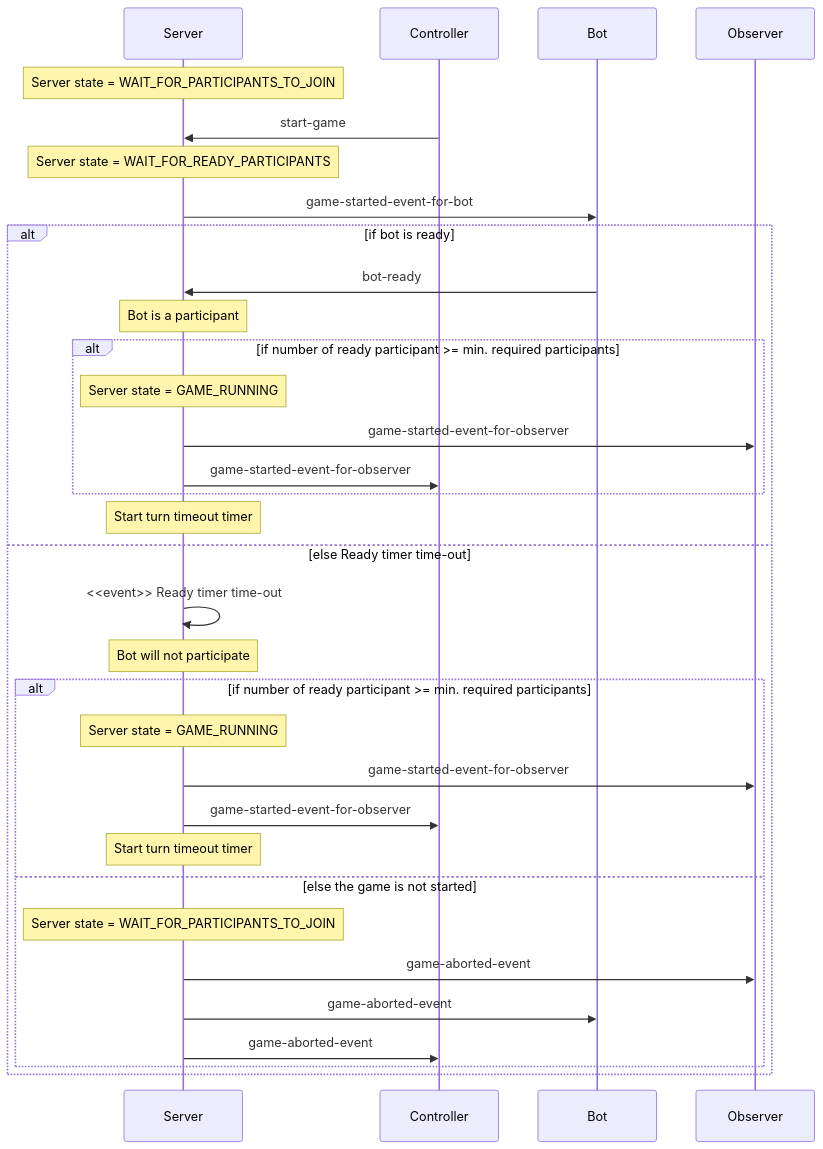
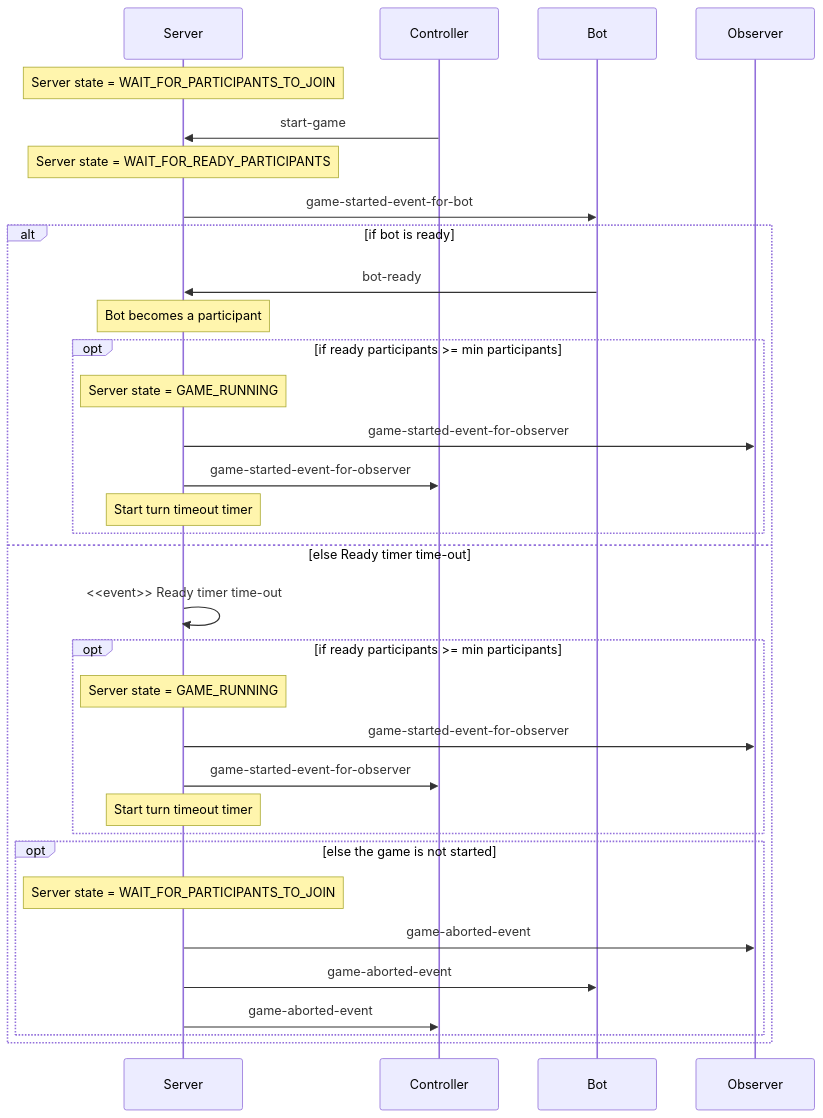
Before and after one commit to robocode-dev/tank-royale: the fifth of 13 diagrams in schema/schemas/README.md, drawn with Mermaid. The commit also changed other lines of this file and 9 other files, not shown here.

````diff
--- a/schema/schemas/README.md
+++ b/schema/schemas/README.md
@@ -122,31 +140,31 @@
 ```mermaid
 sequenceDiagram
-    Note over Server: Server state = WAIT_FOR_PARTICIPANTS_TO_JOIN
-    Controller->>Server: start-game
-    Note over Server: Server state = WAIT_FOR_READY_PARTICIPANTS
-    Server->>Bot: game-started-event-for-bot
-    alt if bot is ready
-        Bot->>Server: bot-ready
-        Note over Server: Bot is a participant
-        alt if number of ready participant >= min. required participants
-            Note over Server: Server state = GAME_RUNNING
-            Server->>Observer: game-started-event-for-observer
-            Server->>Controller: game-started-event-for-observer
-        end
+Note over Server: Server state = WAIT_FOR_PARTICIPANTS_TO_JOIN
+Controller->>Server: start-game
+Note over Server: Server state = WAIT_FOR_READY_PARTICIPANTS
+Server->>Bot: game-started-event-for-bot
+alt if bot is ready
+    Bot->>Server: bot-ready
+    Note over Server: Bot becomes a participant
+    opt if ready participants >= min participants
+        Note over Server: Server state = GAME_RUNNING
+        Server->>Observer: game-started-event-for-observer
+        Server->>Controller: game-started-event-for-observer
         Note over Server: Start turn timeout timer
-    else else Ready timer time-out
-        Server->>Server: <<event>> Ready timer time-out
-        Note over Server: Bot will not participate
-        alt if number of ready participant >= min. required participants
-            Note over Server: Server state = GAME_RUNNING
-            Server->>Observer: game-started-event-for-observer
-            Server->>Controller: game-started-event-for-observer
-            Note over Server: Start turn timeout timer
-        else else the game is not started
-            Note over Server: Server state = WAIT_FOR_PARTICIPANTS_TO_JOIN
-            Server->>Observer: game-aborted-event
-            Server->>Bot: game-aborted-event
-            Server->>Controller: game-aborted-event
-        end
     end
+else else Ready timer time-out
+    Server->>Server: <<event>> Ready timer time-out
+    opt if ready participants >= min participants
+        Note over Server: Server state = GAME_RUNNING
+        Server->>Observer: game-started-event-for-observer
+        Server->>Controller: game-started-event-for-observer
+        Note over Server: Start turn timeout timer
+    end
+    opt else the game is not started
+        Note over Server: Server state = WAIT_FOR_PARTICIPANTS_TO_JOIN
+        Server->>Observer: game-aborted-event
+        Server->>Bot: game-aborted-event
+        Server->>Controller: game-aborted-event
+    end
+end
 ```
````
